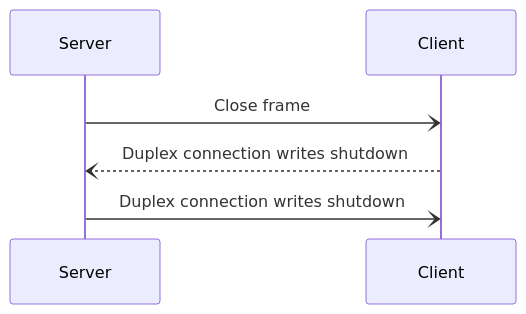
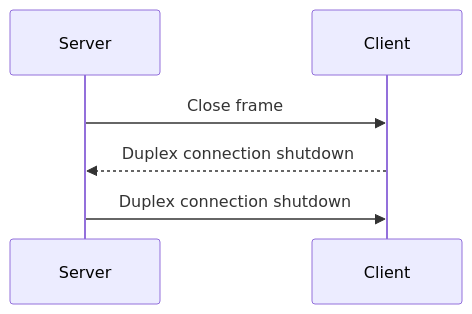
The second of 2 diagrams in pages/icerpc-core/slic-protocol/connection-closure.md (icerpc/icerpc-docs), drawn with Mermaid before and after one commit. The commit also changed other lines of this file and 5 other files, not shown here.

Commit message:
Updated diagrams to use sync arrows, fix for #108 (#109)

````diff
--- a/pages/icerpc-core/slic-protocol/connection-closure.md
+++ b/pages/icerpc-core/slic-protocol/connection-closure.md
@@ -58,6 +58,6 @@
 ```mermaid
 sequenceDiagram
-    Server-)Client: Close frame
-    Client--)Server: Duplex connection writes shutdown
-    Server-)Client: Duplex connection writes shutdown
+    Server->>Client: Close frame
+    Client-->>Server: Duplex connection shutdown
+    Server->>Client: Duplex connection shutdown
 ```
````
